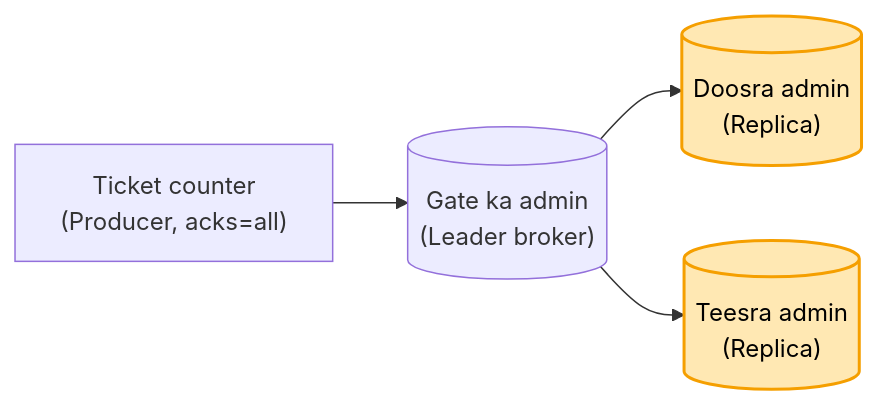
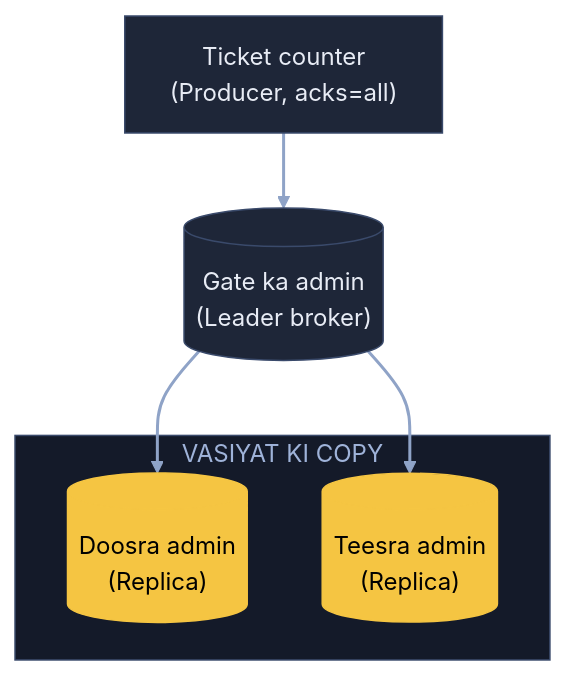
Before and after one commit to ArpanMaheshwari144/Prep: the fifth of 10 diagrams in 04_HLD/SYSTEM_DESIGNS/12_message_queue_kafka/12_message_queue_kafka.md, drawn with Mermaid. The commit also changed other lines of this file, not shown here.

Commit message:
Kafka: 10 diagram YouTube (reel) wale card andaaz me

````diff
--- a/04_HLD/SYSTEM_DESIGNS/12_message_queue_kafka/12_message_queue_kafka.md
+++ b/04_HLD/SYSTEM_DESIGNS/12_message_queue_kafka/12_message_queue_kafka.md
@@ -119,8 +159,18 @@
 ```mermaid
-flowchart LR
-    O["Ticket counter<br/>(Producer, acks=all)"] --> L[("Gate ka admin<br/>(Leader broker)")]
-    L --> R1[("Doosra admin<br/>(Replica)")]
-    L --> R2[("Teesra admin<br/>(Replica)")]
-    style R1 fill:#ffe8b3,stroke:#f59f00,stroke-width:2px,color:#000
-    style R2 fill:#ffe8b3,stroke:#f59f00,stroke-width:2px,color:#000
+flowchart TB
+    O["Ticket counter<br/>(Producer, acks=all)"]:::card
+    L[("Gate ka admin<br/>(Leader broker)")]:::card
+    subgraph VC["VASIYAT KI COPY"]
+        R1[("Doosra admin<br/>(Replica)")]:::pill
+        R2[("Teesra admin<br/>(Replica)")]:::pill
+    end
+    O --> L
+    L --> R1
+    L --> R2
+    linkStyle default stroke:#8fa3c7,stroke-width:2px
+    classDef card fill:#1e2638,stroke:#3a4a6b,color:#e8ecf5
+    classDef pill fill:#f5c542,stroke:#f5c542,color:#000
+    classDef good fill:#2e7d4f,stroke:#3fbf6f,color:#fff
+    classDef bad fill:#5c1f24,stroke:#e05561,color:#fff
+    style VC fill:#141a29,stroke:#3a4a6b,color:#9fb3d9
 ```
````
